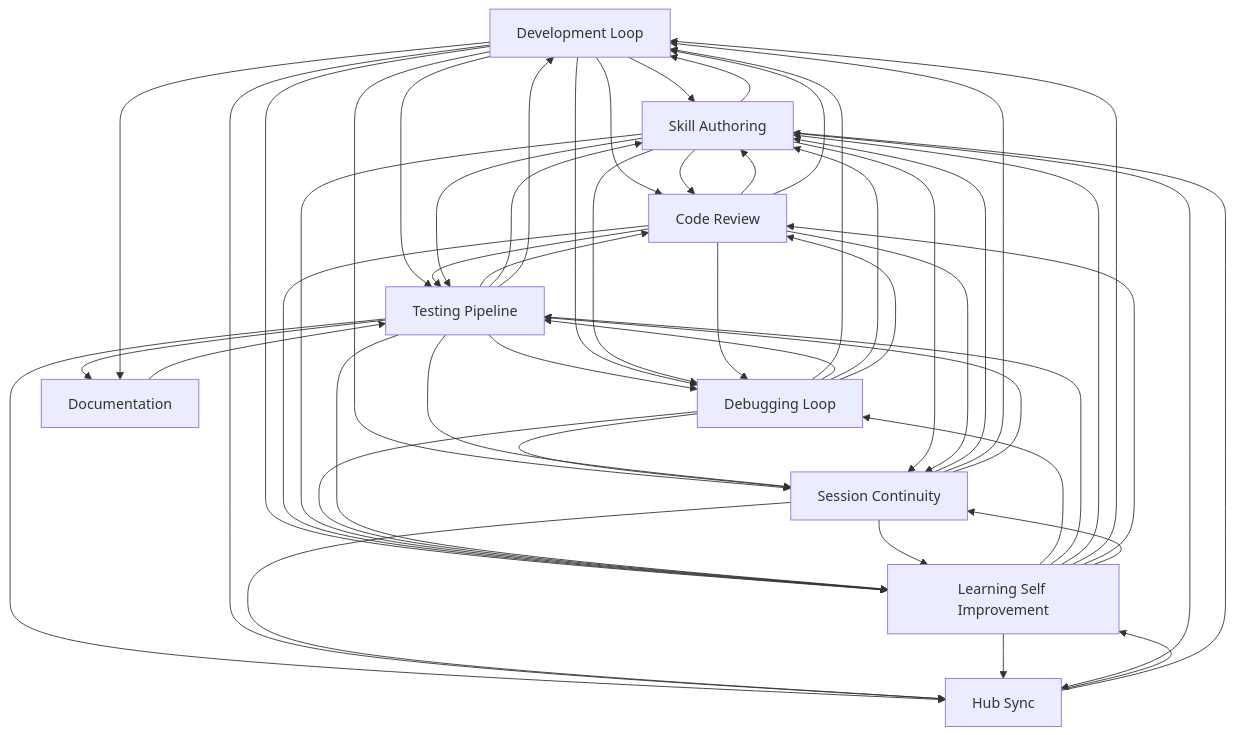
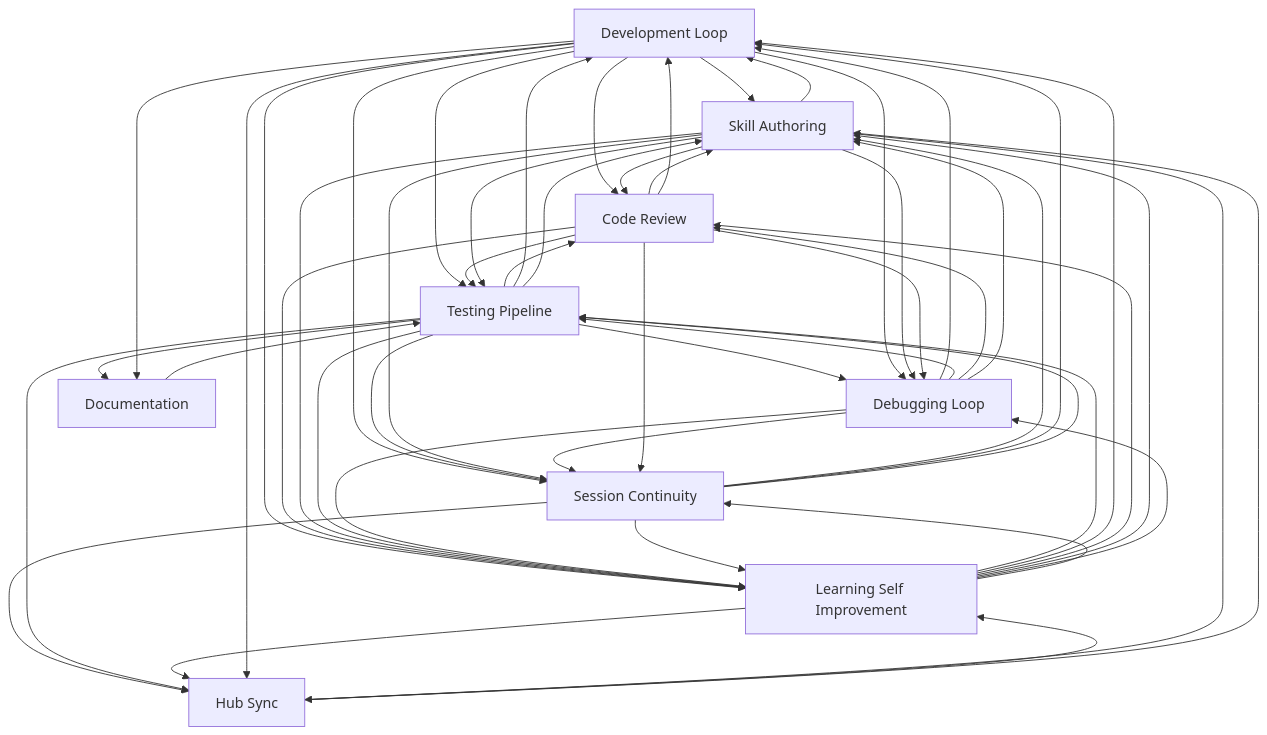
Before and after one commit to abhayla/claude-best-practices: the diagram in docs/workflows/INDEX.md, drawn with Mermaid. The commit also changed other lines of this file and 11 other files, not shown here.

````diff
--- a/docs/workflows/INDEX.md
+++ b/docs/workflows/INDEX.md
@@ -21,62 +21,62 @@
 ```mermaid
 graph TD
     development_loop[Development Loop]
     testing_pipeline[Testing Pipeline]
     debugging_loop[Debugging Loop]
     learning_self_improvement[Learning Self Improvement]
     session_continuity[Session Continuity]
     skill_authoring[Skill Authoring]
     code_review[Code Review]
     documentation[Documentation]
     hub_sync[Hub Sync]
     documentation --> testing_pipeline
     development_loop --> skill_authoring
     development_loop --> code_review
     code_review --> skill_authoring
     code_review --> development_loop
     development_loop --> testing_pipeline
     development_loop --> learning_self_improvement
     code_review --> testing_pipeline
     code_review --> learning_self_improvement
     testing_pipeline --> code_review
     testing_pipeline --> debugging_loop
+    testing_pipeline --> development_loop
     testing_pipeline --> skill_authoring
-    testing_pipeline --> development_loop
     skill_authoring --> development_loop
     skill_authoring --> code_review
     skill_authoring --> testing_pipeline
     skill_authoring --> learning_self_improvement
     development_loop --> session_continuity
-    debugging_loop --> development_loop
-    debugging_loop --> session_continuity
     testing_pipeline --> session_continuity
     skill_authoring --> session_continuity
-    debugging_loop --> testing_pipeline
-    debugging_loop --> skill_authoring
-    debugging_loop --> code_review
+    debugging_loop --> session_continuity
+    debugging_loop --> development_loop
     development_loop --> debugging_loop
     skill_authoring --> debugging_loop
+    debugging_loop --> testing_pipeline
+    debugging_loop --> code_review
+    debugging_loop --> skill_authoring
+    testing_pipeline --> learning_self_improvement
     debugging_loop --> learning_self_improvement
-    testing_pipeline --> learning_self_improvement
-    learning_self_improvement --> debugging_loop
     learning_self_improvement --> testing_pipeline
-    learning_self_improvement --> skill_authoring
     learning_self_improvement --> development_loop
     learning_self_improvement --> code_review
+    learning_self_improvement --> skill_authoring
+    learning_self_improvement --> debugging_loop
     code_review --> debugging_loop
     code_review --> session_continuity
     learning_self_improvement --> session_continuity
-    testing_pipeline --> hub_sync
-    development_loop --> hub_sync
     session_continuity --> learning_self_improvement
     session_continuity --> hub_sync
     session_continuity --> skill_authoring
+    testing_pipeline --> hub_sync
     learning_self_improvement --> hub_sync
+    development_loop --> hub_sync
     testing_pipeline --> documentation
     development_loop --> documentation
     session_continuity --> development_loop
     session_continuity --> testing_pipeline
     skill_authoring --> hub_sync
     hub_sync --> learning_self_improvement
     hub_sync --> skill_authoring
 ```
````
